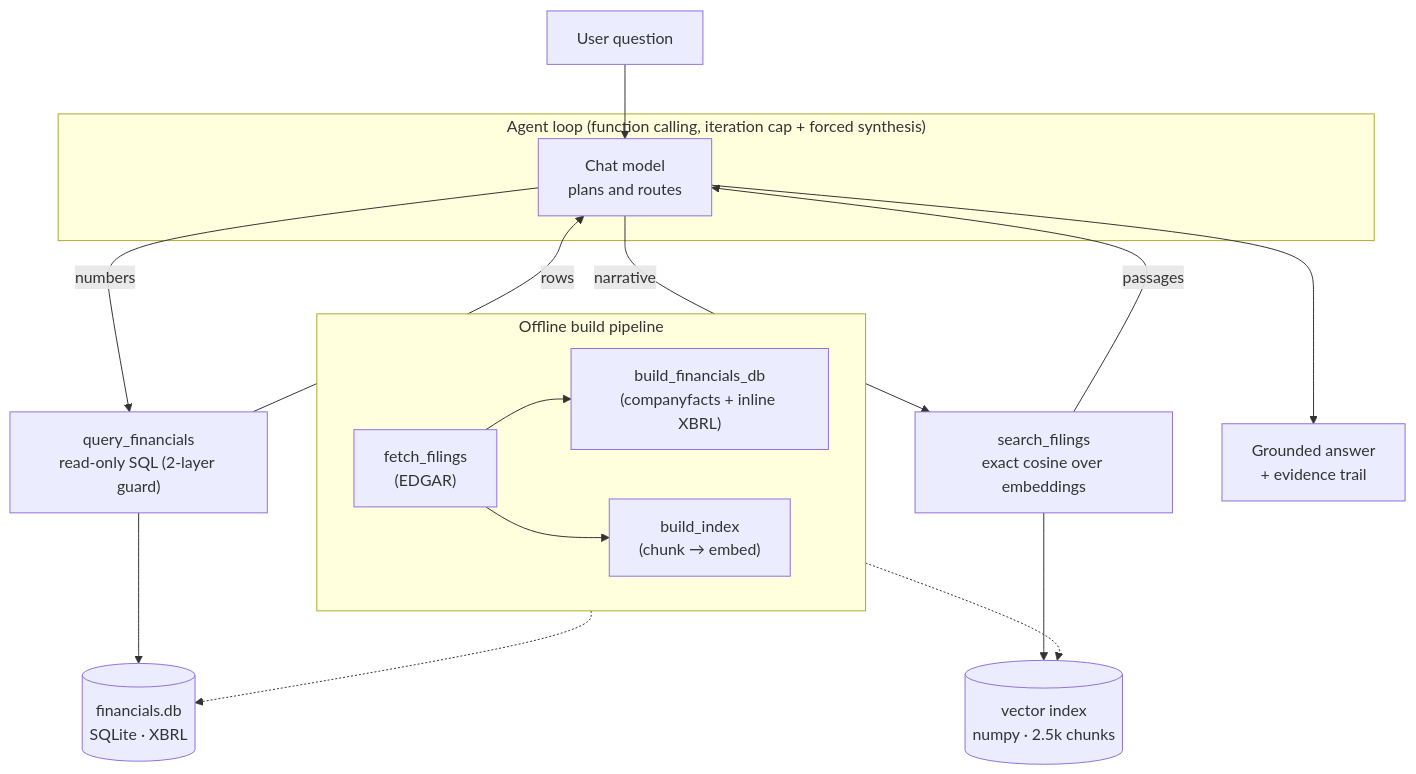
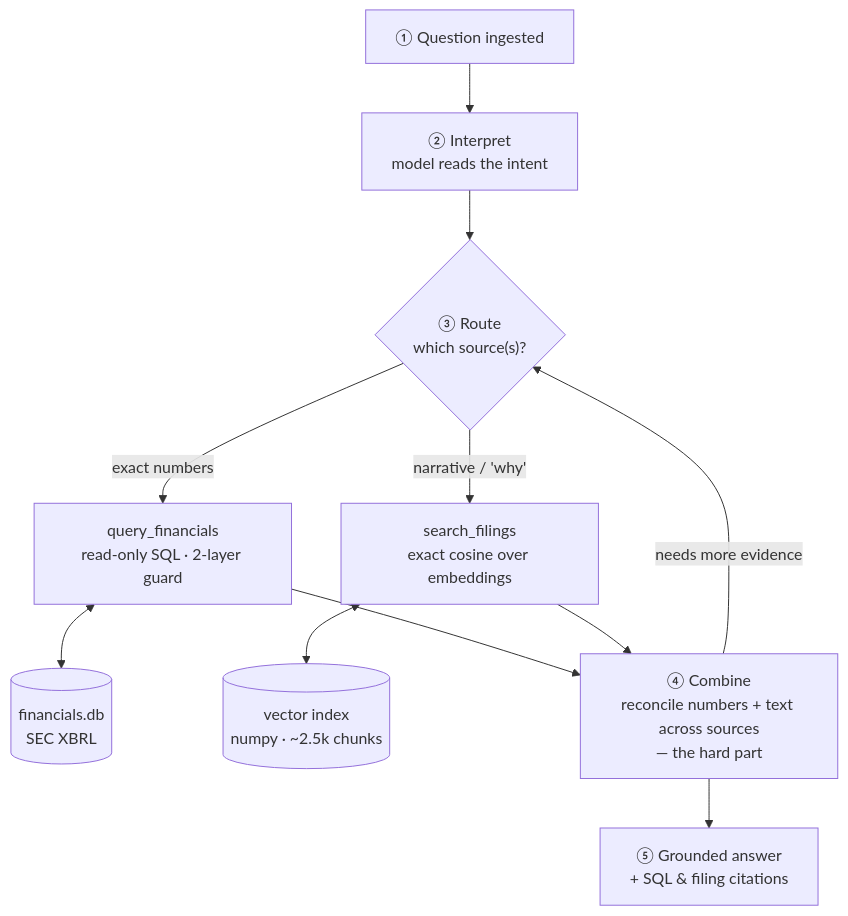
The first of 2 diagrams in README.md (tsrinarmwong/filing-analyst), drawn with Mermaid before and after one commit. The commit also changed other lines of this file and 1 other file, not shown here.

Commit message:
Visualize the RAG pipeline live in the UI + README
The chat UI now renders the agent's run as the pipeline it is: ingest ->
interpret -> route -> retrieve (SQL and/or filings) -> combine -> answer.
Each stage lights up as the SSE trace streams, the branches show how many
SQL queries / searches ran, the unused branch dims, and "combine" pulses
during cross-source synthesis -- so the system's handling of each RAG
challenge (interpretation, routing, multi-source combination, grounding) is
visible per request. The detailed step cards remain below as evidence. README
architecture reworked into the same staged flow with the challenges it clears.

````diff
--- a/README.md
+++ b/README.md
@@ -63,24 +65,13 @@
 ```mermaid
-flowchart TD
-    Q["User question"] --> AG
-
-    subgraph AGENT["Agent loop (function calling, iteration cap + forced synthesis)"]
-      AG["Chat model<br/>plans and routes"]
-    end
-
-    AG -->|"numbers"| SQL["query_financials<br/>read-only SQL (2-layer guard)"]
-    AG -->|"narrative"| SEARCH["search_filings<br/>exact cosine over embeddings"]
-    SQL --> DB[("financials.db<br/>SQLite · XBRL")]
-    SEARCH --> IDX[("vector index<br/>numpy · 2.5k chunks")]
-    SQL -->|rows| AG
-    SEARCH -->|passages| AG
-    AG --> ANS["Grounded answer<br/>+ evidence trail"]
-
-    subgraph BUILD["Offline build pipeline"]
-      direction LR
-      F["fetch_filings<br/>(EDGAR)"] --> B1["build_financials_db<br/>(companyfacts + inline XBRL)"]
-      F --> B2["build_index<br/>(chunk → embed)"]
-    end
-    B1 -.-> DB
-    B2 -.-> IDX
+flowchart TB
+    Q["① Question ingested"] --> I["② Interpret<br/>model reads the intent"]
+    I --> R{"③ Route<br/>which source(s)?"}
+    R -->|exact numbers| SQL["query_financials<br/>read-only SQL · 2-layer guard"]
+    R -->|"narrative / 'why'"| SE["search_filings<br/>exact cosine over embeddings"]
+    SQL <--> DB[("financials.db<br/>SEC XBRL")]
+    SE <--> IX[("vector index<br/>numpy · ~2.5k chunks")]
+    SQL --> C["④ Combine<br/>reconcile numbers + text across sources<br/>— the hard part"]
+    SE --> C
+    C -->|needs more evidence| R
+    C --> A["⑤ Grounded answer<br/>+ SQL &amp; filing citations"]
 ```
````
